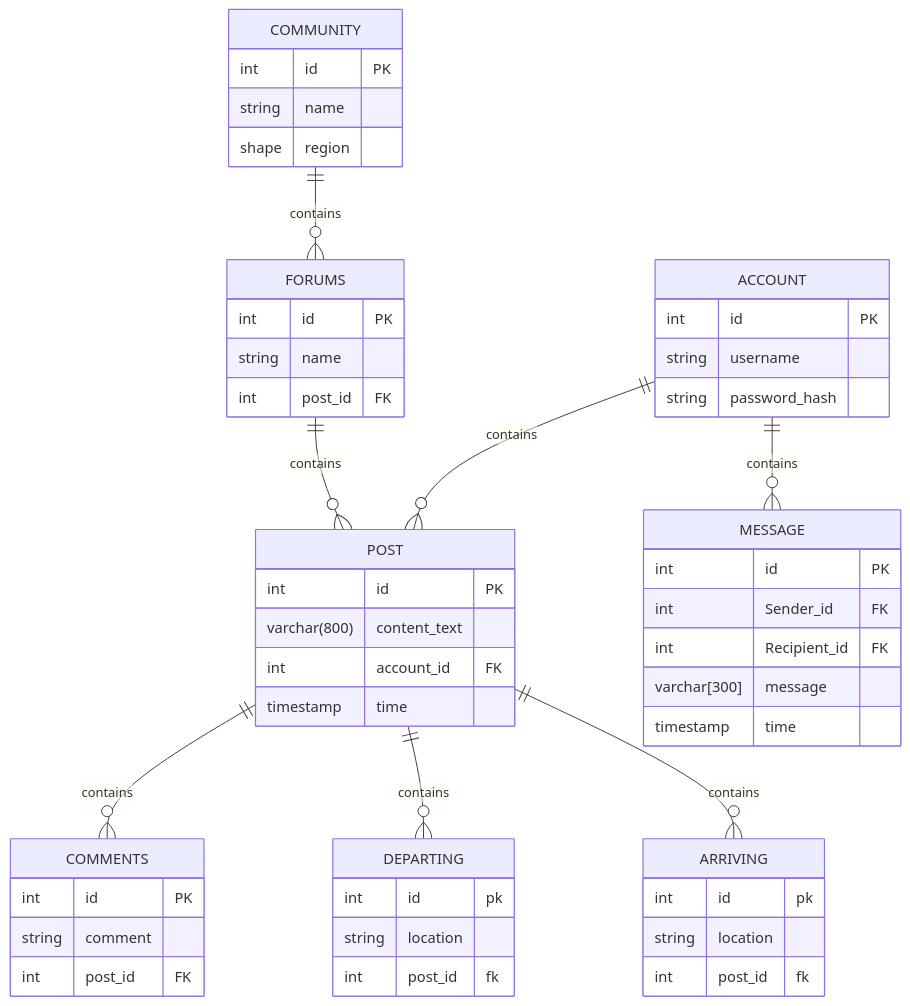
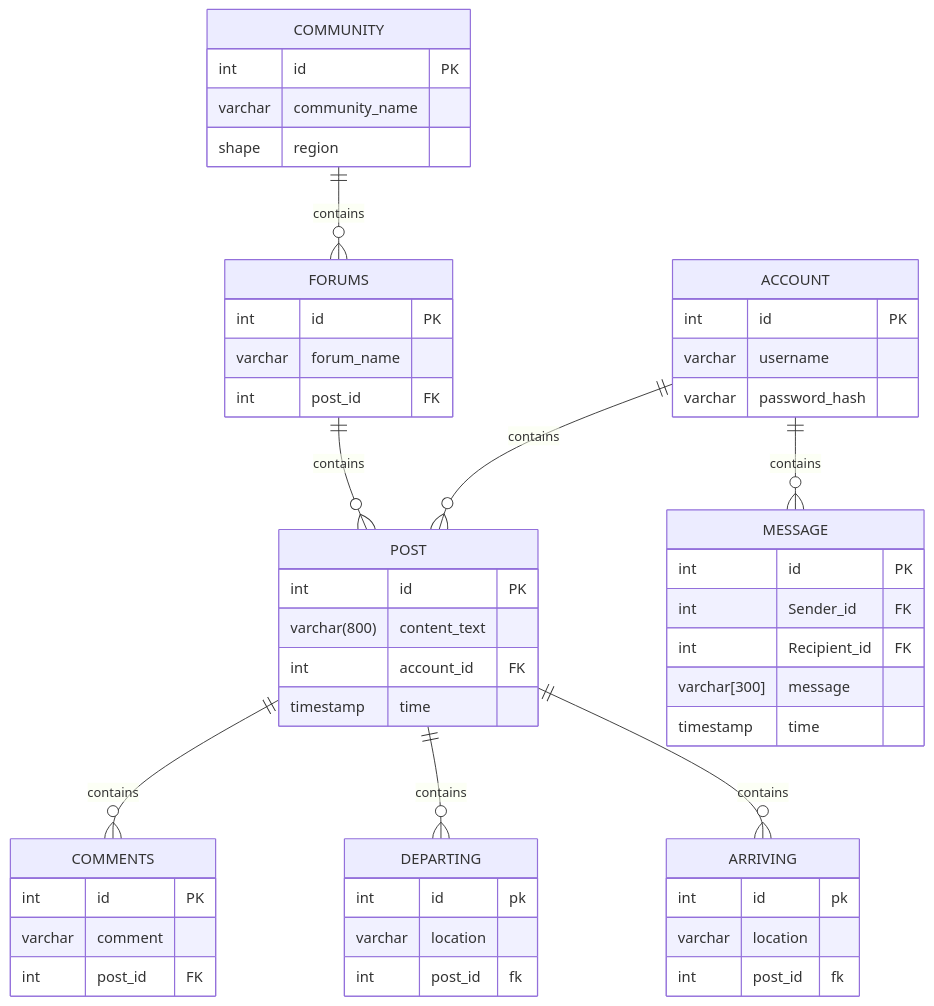
One commit to byui-cse397/2024WinCSE490PCP changed the diagram in ProjectManagement/Design/SoftwareDesignDocument.md. Above: the diagram before and after it, drawn with Mermaid.

````diff
--- a/ProjectManagement/Design/SoftwareDesignDocument.md
+++ b/ProjectManagement/Design/SoftwareDesignDocument.md
@@ -671,64 +671,64 @@
 ```mermaid
 erDiagram
     ACCOUNT {
         int id PK
-        string username
-        string password_hash
+        varchar username
+        varchar password_hash
     }
     POST {
         int id PK
         varchar(800) content_text
         int account_id FK
         timestamp time
     }
     
     ACCOUNT ||--o{ POST : contains
 
     COMMENTS {
         int id PK
-        string comment
+        varchar comment
         int post_id FK
     }
 
     POST ||--o{ COMMENTS : contains
 
     DEPARTING {
         int id pk
-        string location
+        varchar location
         int post_id fk
     }
 
     POST ||--o{ DEPARTING : contains
 
     ARRIVING {
         int id pk
-        string location
+        varchar location
         int post_id fk
     }
 
     POST ||--o{ ARRIVING : contains
 
     COMMUNITY ||--o{ FORUMS : contains
     COMMUNITY {
         int id PK
-        string name
+        varchar community_name
         shape region
     }
 
     FORUMS ||--o{ POST : contains
     FORUMS {
         int id PK
-        string name
+        varchar forum_name
         int post_id FK
     }
 
      ACCOUNT ||--o{ MESSAGE: contains
     MESSAGE{
         int id PK
         int Sender_id FK
         int Recipient_id FK
         varchar[300] message
         timestamp time
     }
 
 ```
````
